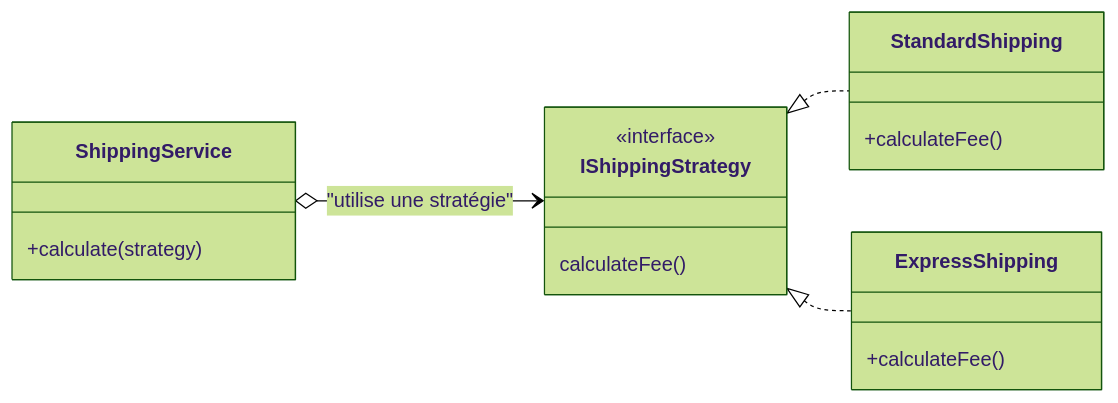
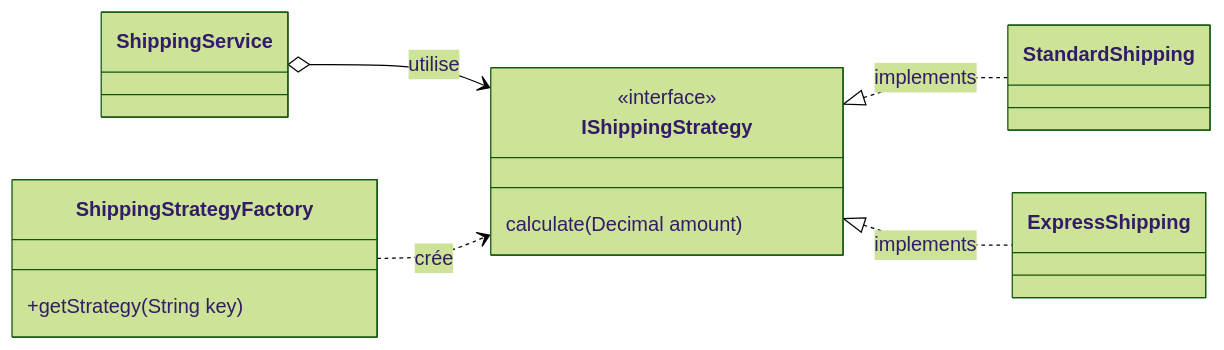
Before and after one commit to Mohammedazri/-DevoTeam---Training-POO----Design-Pattern: the fourth of 5 diagrams in README.md, drawn with Mermaid (forest theme). The commit also changed other lines of this file, not shown here.

````diff
--- a/README.md
+++ b/README.md
@@ -140,17 +149,19 @@
 ```mermaid
 classDiagram
     direction LR
-    class ShippingService{
-      +calculate(strategy)
+    class ShippingService
+    class ShippingStrategyFactory{
+        +getStrategy(String key)
     }
     class IShippingStrategy{
       <<interface>>
-      calculateFee()
+      calculate(Decimal amount)
     }
-    class StandardShipping{ +calculateFee() }
-    class ExpressShipping{ +calculateFee() }
+    class StandardShipping
+    class ExpressShipping
 
-    ShippingService o--> IShippingStrategy : "utilise une stratégie"
-    IShippingStrategy <|.. StandardShipping
-    IShippingStrategy <|.. ExpressShipping
+    ShippingService o--> IShippingStrategy : utilise
+    ShippingStrategyFactory ..> IShippingStrategy : crée
+    IShippingStrategy <|.. StandardShipping : implements
+    IShippingStrategy <|.. ExpressShipping : implements
 ```
````
